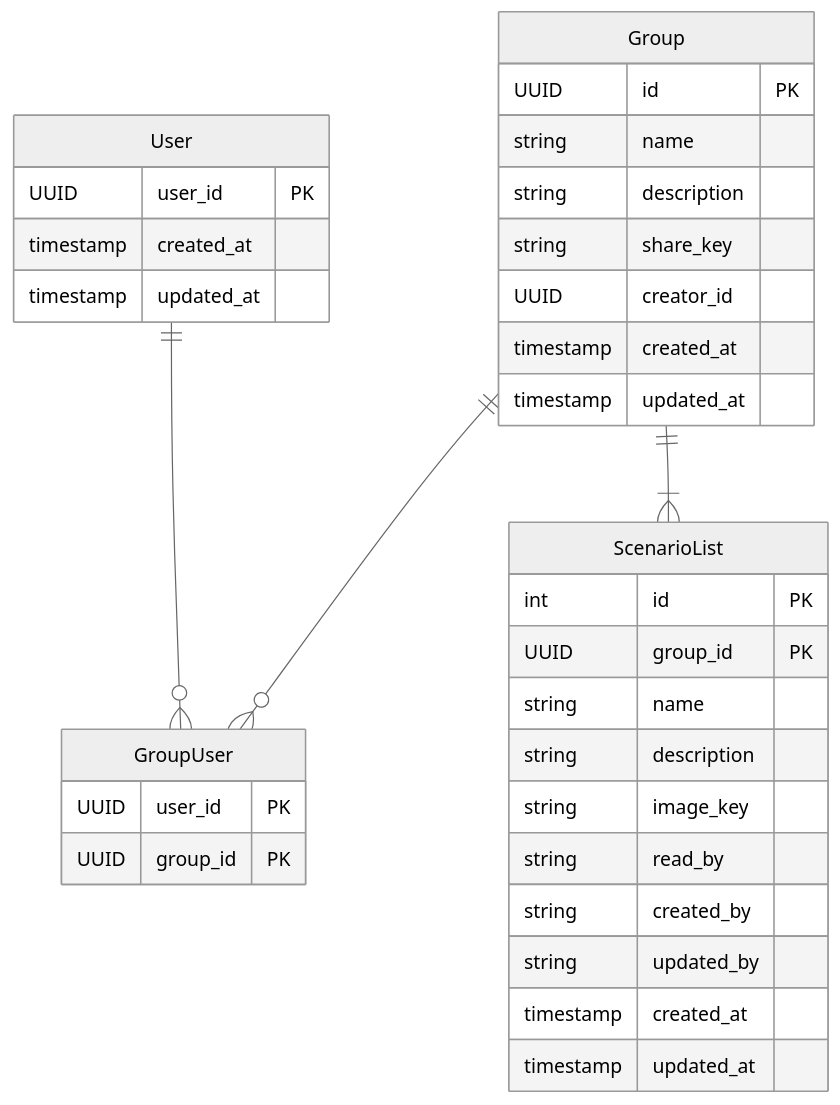
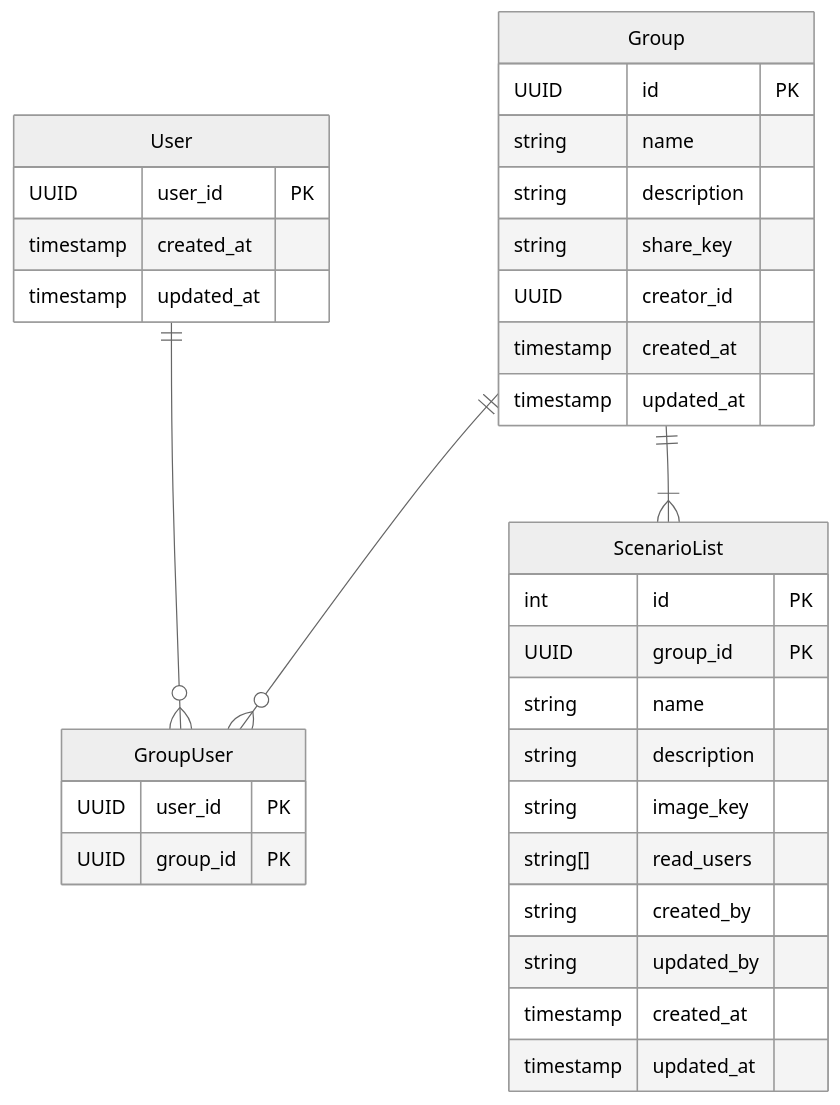
The diagram in 仕様書/システム構造設計書.md (Keito654/trpg-manager), drawn with Mermaid (neutral theme) before and after one commit.

````diff
--- a/仕様書/システム構造設計書.md
+++ b/仕様書/システム構造設計書.md
@@ -19,36 +19,36 @@
 ```mermaid
 erDiagram
     User ||--o{ GroupUser : ""
     Group ||--o{ GroupUser : ""
     Group ||--|{ ScenarioList : ""
     User {
       UUID user_id PK
       timestamp created_at
       timestamp updated_at
     }
     Group {
       UUID id PK
       string name
       string description
       string share_key
       UUID creator_id
       timestamp created_at
       timestamp updated_at
     }
     GroupUser {
       UUID user_id PK
       UUID group_id PK
     }
     ScenarioList {
       int id PK
       UUID group_id PK
       string name
       string description
       string image_key
-      string read_by
+      string[] read_users
       string created_by
       string updated_by
       timestamp created_at
       timestamp updated_at
     }
 ```
````
